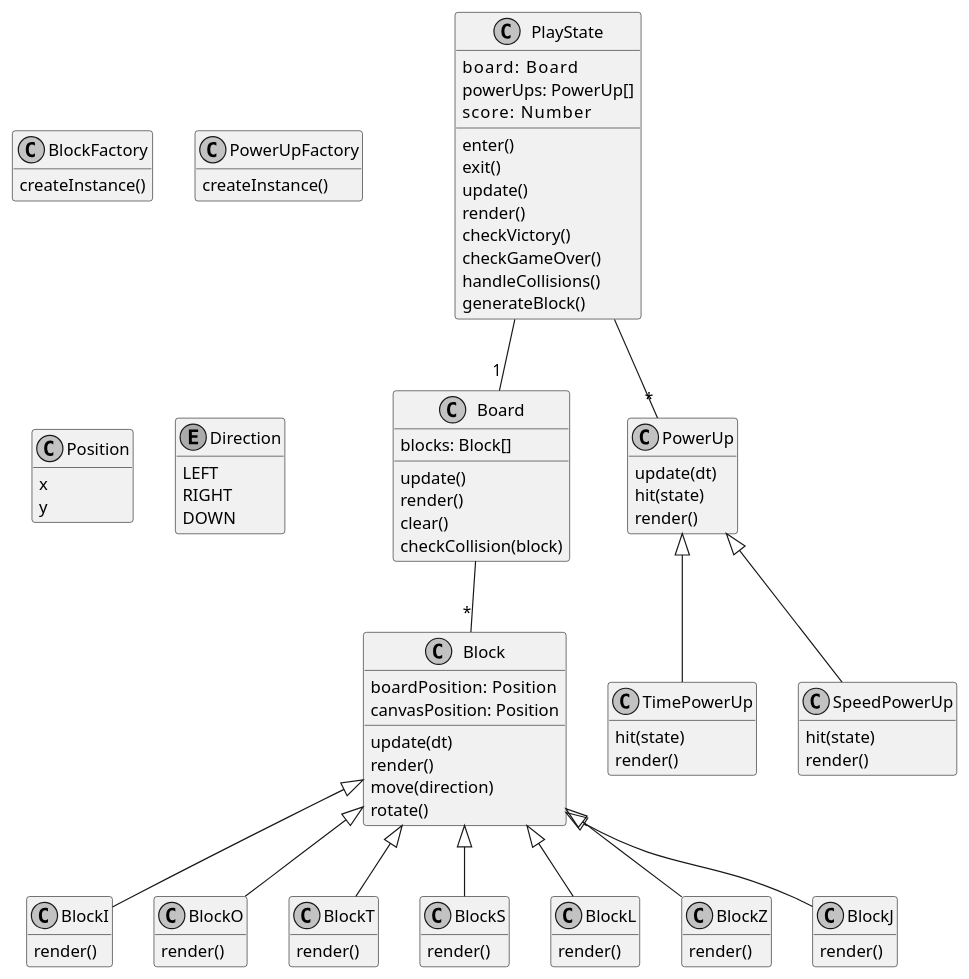
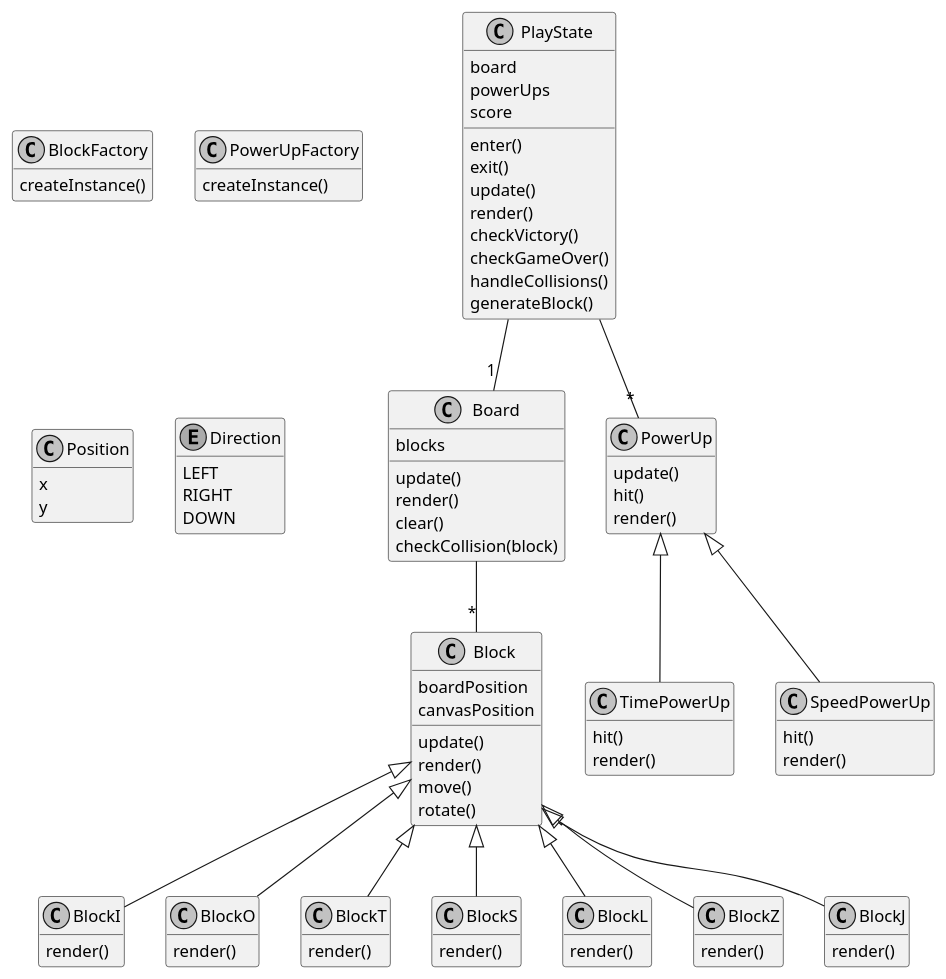
Before and after one commit to terror/tetris: the diagram in assets/proposal/ClassDiagram.puml, drawn with PlantUML. The commit also changed 2 other files, not shown here.

Commit message:
Add initial class diagram

```diff
--- a/assets/proposal/ClassDiagram.puml
+++ b/assets/proposal/ClassDiagram.puml
@@ -1,115 +1,115 @@
 @startuml Tetris
 
 skinparam monochrome true
 hide empty members
 
 class PlayState {
-  board:    Board
-  powerUps: PowerUp[]
-  score:    Number
+  board
+  powerUps
+  score
   enter()
   exit()
   update()
   render()
   checkVictory()
   checkGameOver()
   handleCollisions()
   generateBlock()
 }
 
 class Board {
-  blocks: Block[]
+  blocks
   update()
   render()
   clear()
   checkCollision(block)
 }
 
 class Block {
-  boardPosition:  Position
-  canvasPosition: Position
-  update(dt)
+  boardPosition
+  canvasPosition
+  update()
   render()
-  move(direction)
+  move()
   rotate()
 }
 
 class BlockI {
   render()
 }
 
 class BlockO {
   render()
 }
 
 class BlockT {
   render()
 }
 
 class BlockS {
   render()
 }
 
 class BlockL {
   render()
 }
 
 class BlockZ {
   render()
 }
 
 class BlockJ {
   render()
 }
 
 class PowerUp {
-  update(dt)
-  hit(state)
+  update()
+  hit()
   render()
 }
 
 class TimePowerUp {
-  hit(state)
+  hit()
   render()
 }
 
 class SpeedPowerUp {
-  hit(state)
+  hit()
   render()
 }
 
 class BlockFactory {
   createInstance()
 }
 
 class PowerUpFactory {
   createInstance()
 }
 
 class Position {
   x
   y
 }
 
 enum Direction {
   LEFT
   RIGHT
   DOWN
 }
 
 PlayState -- "1" Board
 PlayState -- "*" PowerUp
 Board     -- "*" Block
 
 PowerUp <|-- TimePowerUp
 PowerUp <|-- SpeedPowerUp
 
 Block <|-- BlockI
 Block <|-- BlockO
 Block <|-- BlockT
 Block <|-- BlockS
 Block <|-- BlockL
 Block <|-- BlockZ
 Block <|-- BlockJ
 
 @enduml
```
